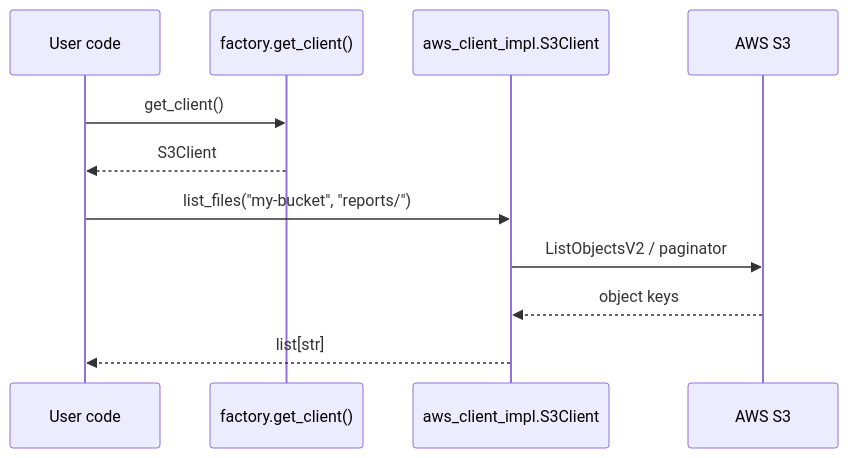
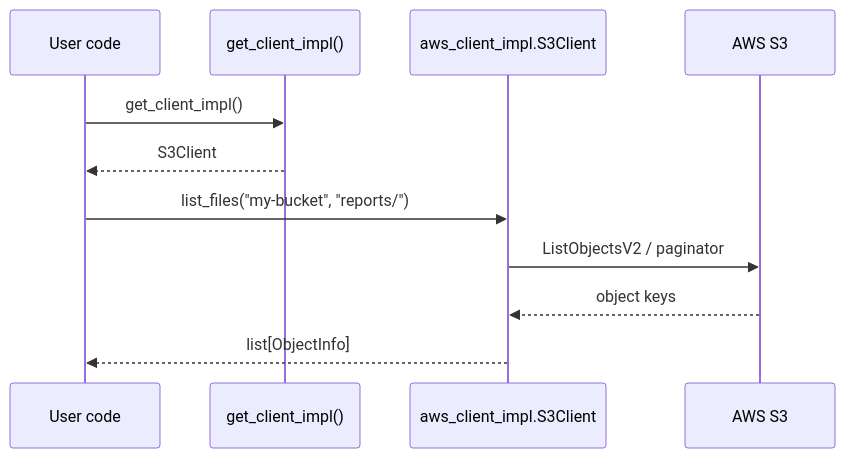
Before and after one commit to 2SpaceMasterRace/nimbus: the second of 3 diagrams in DESIGN.md, drawn with Mermaid. The commit also changed other lines of this file and 14 other files, not shown here.

````diff
--- a/DESIGN.md
+++ b/DESIGN.md
@@ -56,14 +56,14 @@
 ```mermaid
 sequenceDiagram
     participant U as User code
-    participant F as factory.get_client()
+    participant F as get_client_impl()
     participant L as aws_client_impl.S3Client
     participant S as AWS S3
 
-    U->>F: get_client()
+    U->>F: get_client_impl()
     F-->>U: S3Client
     U->>L: list_files("my-bucket", "reports/")
     L->>S: ListObjectsV2 / paginator
     S-->>L: object keys
-    L-->>U: list[str]
+    L-->>U: list[ObjectInfo]
 ```
````
